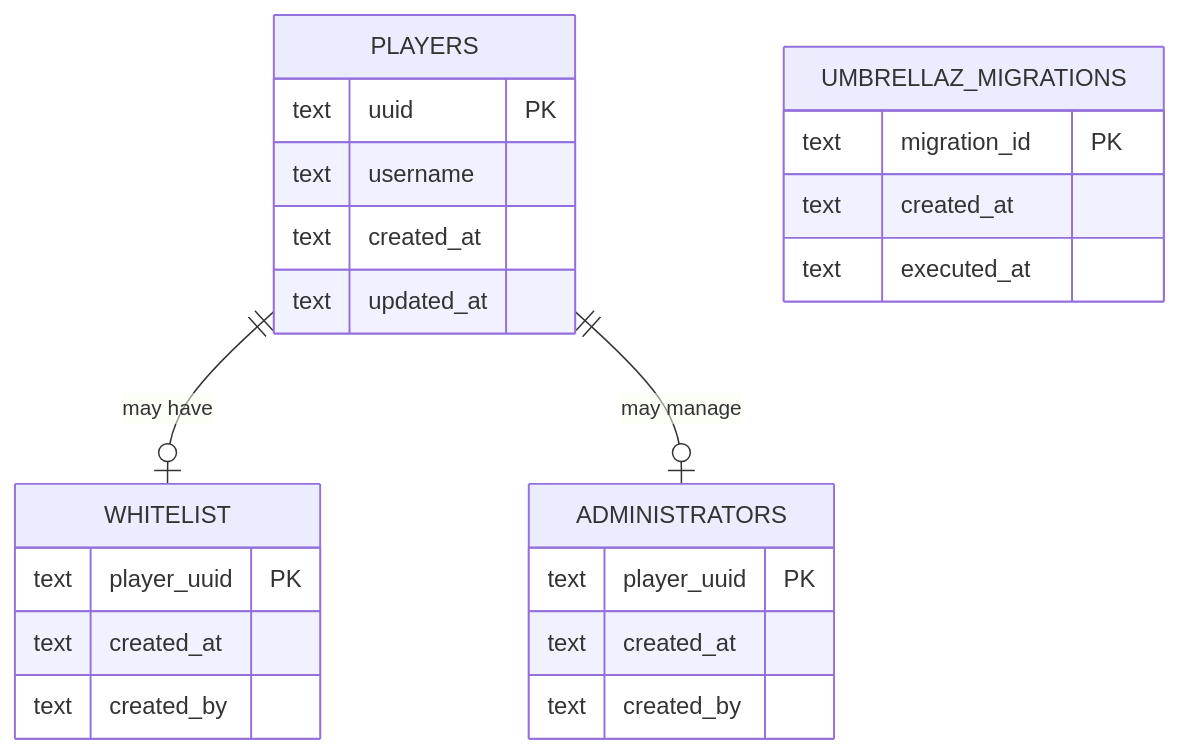
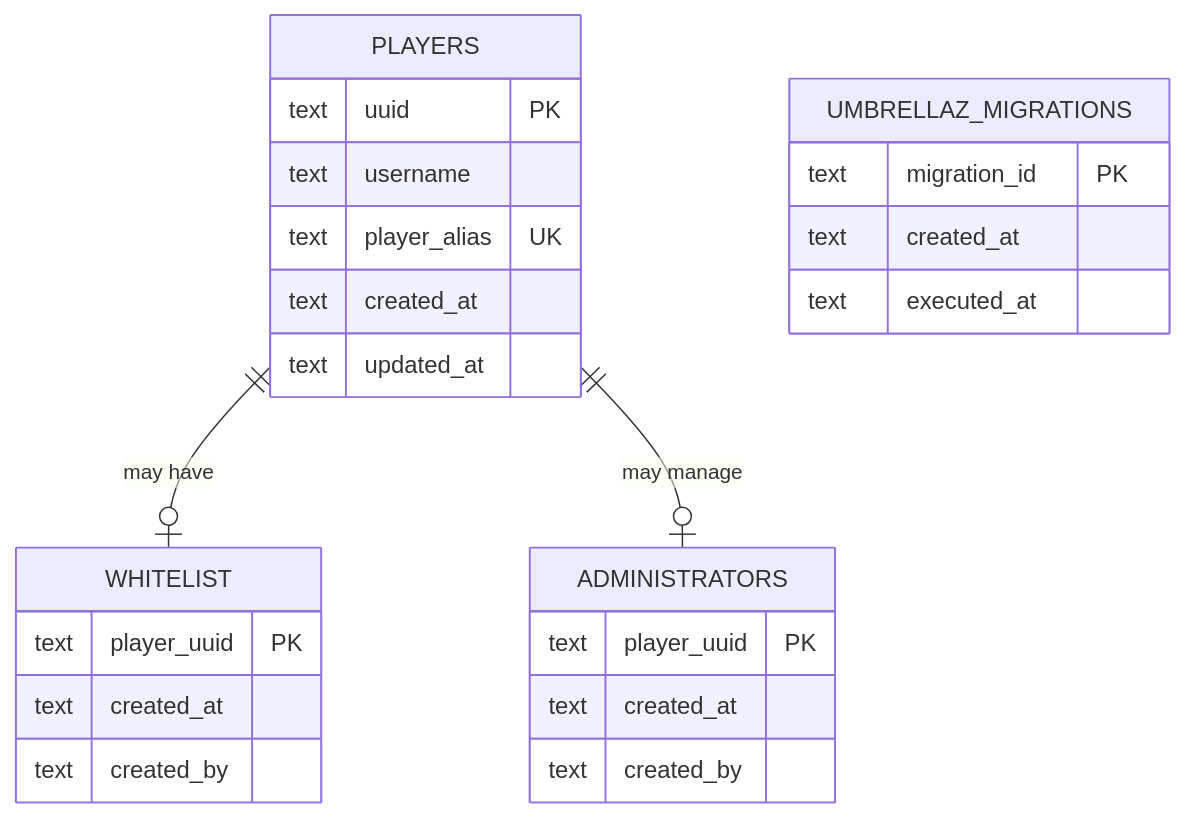
The diagram in docs/ARCHITECTURE.md (thiagochirana/umbrellaz), drawn with Mermaid before and after one commit. The commit also changed other lines of this file and 47 other files, not shown here.

````diff
--- a/docs/ARCHITECTURE.md
+++ b/docs/ARCHITECTURE.md
@@ -505,30 +507,31 @@
 ```mermaid
 erDiagram
     PLAYERS ||--o| WHITELIST : "may have"
     PLAYERS ||--o| ADMINISTRATORS : "may manage"
 
     PLAYERS {
         text uuid PK
         text username
+        text player_alias UK
         text created_at
         text updated_at
     }
 
     WHITELIST {
         text player_uuid PK
         text created_at
         text created_by
     }
 
     ADMINISTRATORS {
         text player_uuid PK
         text created_at
         text created_by
     }
 
     UMBRELLAZ_MIGRATIONS {
         text migration_id PK
         text created_at
         text executed_at
     }
 ```
````
